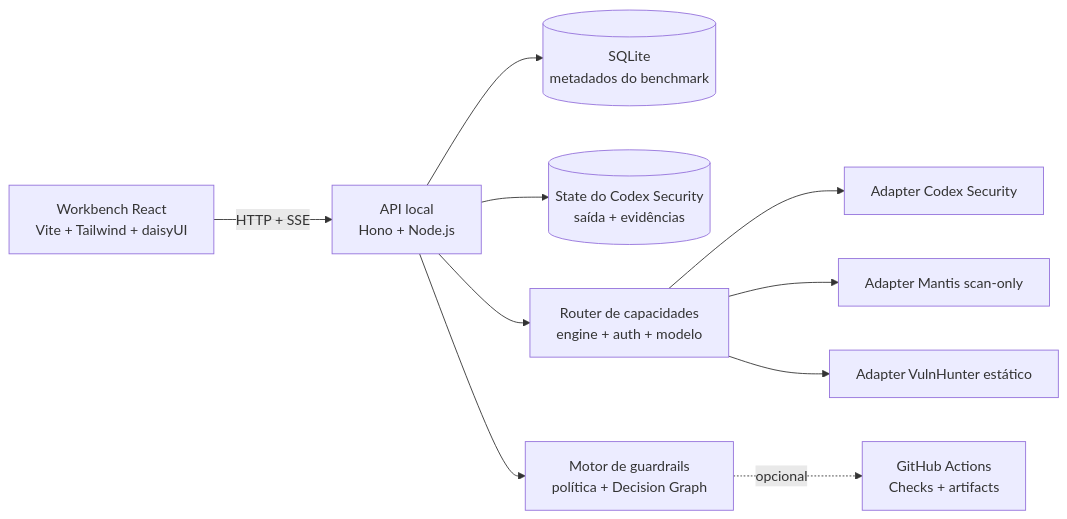
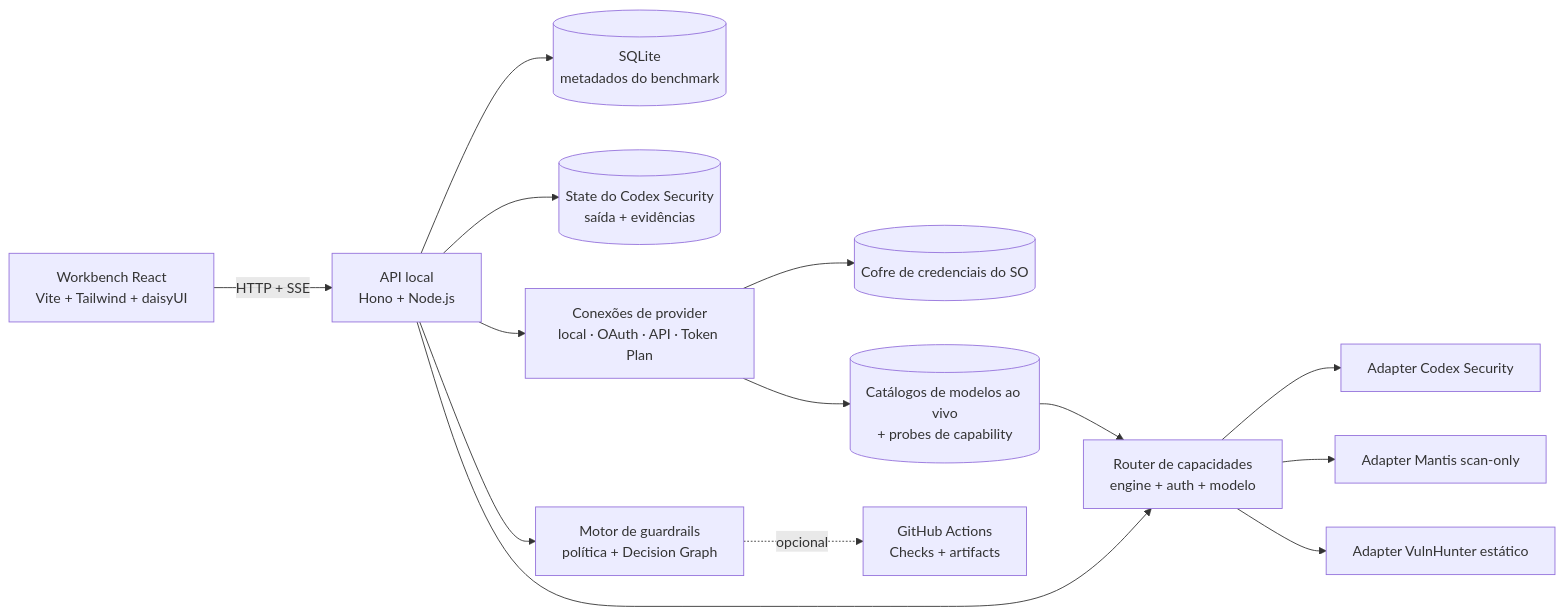
The diagram in README.pt-BR.md (OkamiOps/okami-sentinel), drawn with Mermaid before and after one commit. The commit also changed other lines of this file and 11 other files, not shown here.

````diff
--- a/README.pt-BR.md
+++ b/README.pt-BR.md
@@ -105,23 +114,30 @@
 ```mermaid
 flowchart LR
     UI["Workbench React\nVite + Tailwind + daisyUI"]
     API["API local\nHono + Node.js"]
     DB[("SQLite\nmetadados do benchmark")]
     STATE[("State do Codex Security\nsaída + evidências")]
+    CONNECTIONS["Conexões de provider\nlocal · OAuth · API · Token Plan"]
+    VAULT[("Cofre de credenciais do SO")]
+    MODELS[("Catálogos de modelos ao vivo\n+ probes de capability")]
     ROUTER["Router de capacidades\nengine + auth + modelo"]
-    SCANNER["Adapter Codex Security"]
+    CODEXSEC["Adapter Codex Security"]
     MANTIS["Adapter Mantis scan-only"]
     VULNHUNTER["Adapter VulnHunter estático"]
     GATE["Motor de guardrails\npolítica + Decision Graph"]
     GH["GitHub Actions\nChecks + artifacts"]
 
     UI -->|HTTP + SSE| API
     API --> DB
     API --> STATE
+    API --> CONNECTIONS
+    CONNECTIONS --> VAULT
+    CONNECTIONS --> MODELS
+    MODELS --> ROUTER
     API --> ROUTER
-    ROUTER --> SCANNER
+    ROUTER --> CODEXSEC
     ROUTER --> MANTIS
     ROUTER --> VULNHUNTER
     API --> GATE
     GATE -. opcional .-> GH
 ```
````
